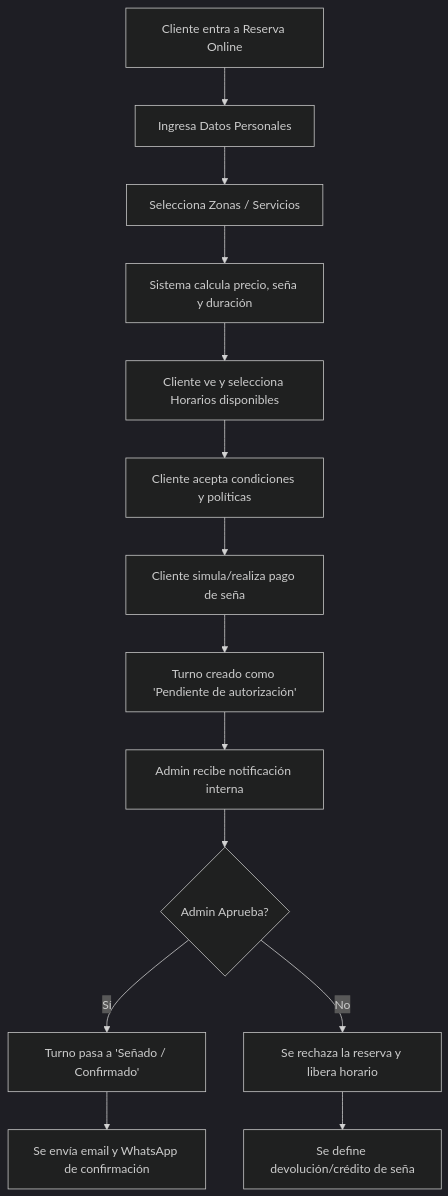
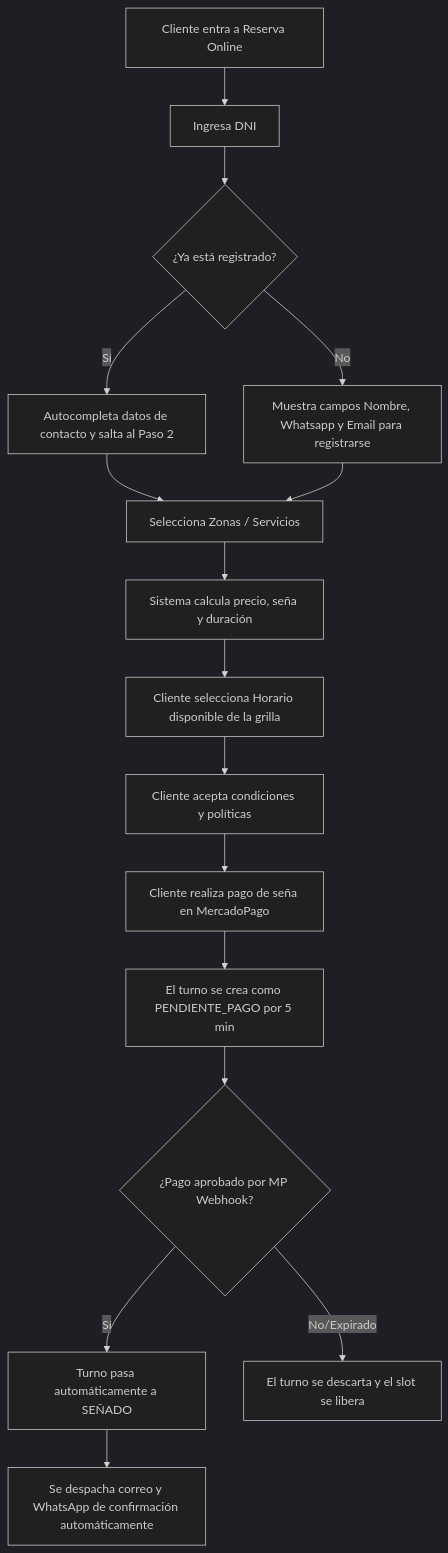
The diagram in .synapse/flows_graph.md (agrowd/gonza-dep), drawn with Mermaid (dark theme) before and after one commit. The commit also changed other lines of this file and 22 other files, not shown here.

````diff
--- a/.synapse/flows_graph.md
+++ b/.synapse/flows_graph.md
@@ -4,16 +4,18 @@
 ```mermaid
 graph TD
-    A[Cliente entra a Reserva Online] --> B[Ingresa Datos Personales]
-    B --> C[Selecciona Zonas / Servicios]
-    C --> D[Sistema calcula precio, seña y duración]
-    D --> E[Cliente ve y selecciona Horarios disponibles]
-    E --> F[Cliente acepta condiciones y políticas]
-    F --> G[Cliente simula/realiza pago de seña]
-    G --> H[Turno creado como 'Pendiente de autorización']
-    H --> I[Admin recibe notificación interna]
-    I --> J{Admin Aprueba?}
-    J -- Sí --> K[Turno pasa a 'Señado / Confirmado']
-    K --> L[Se envía email y WhatsApp de confirmación]
-    J -- No --> M[Se rechaza la reserva y libera horario]
-    M --> N[Se define devolución/crédito de seña]
+    A[Cliente entra a Reserva Online] --> B[Ingresa DNI]
+    B --> C{¿Ya está registrado?}
+    C -- Sí --> D[Autocompleta datos de contacto y salta al Paso 2]
+    C -- No --> E[Muestra campos Nombre, Whatsapp y Email para registrarse]
+    D --> F[Selecciona Zonas / Servicios]
+    E --> F
+    F --> G[Sistema calcula precio, seña y duración]
+    G --> H[Cliente selecciona Horario disponible de la grilla]
+    H --> I[Cliente acepta condiciones y políticas]
+    I --> J[Cliente realiza pago de seña en MercadoPago]
+    J --> K[El turno se crea como PENDIENTE_PAGO por 5 min]
+    K --> L{¿Pago aprobado por MP Webhook?}
+    L -- Sí --> M[Turno pasa automáticamente a SEÑADO]
+    M --> N[Se despacha correo y WhatsApp de confirmación automáticamente]
+    L -- No/Expirado --> O[El turno se descarta y el slot se libera]
 ```
````
